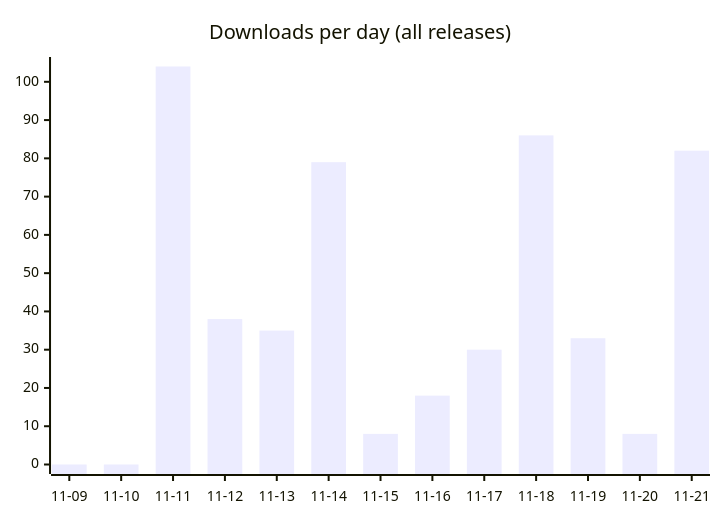
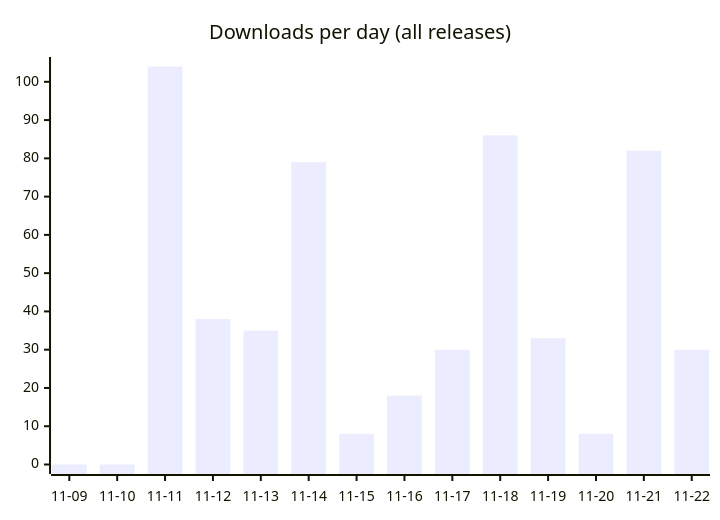
One commit to fmadore/Kalamu changed the first of 2 diagrams in README.md. Above: the diagram before and after it, drawn with Mermaid. The commit also changed other lines of this file and 3 other files, not shown here.

````diff
--- a/README.md
+++ b/README.md
@@ -47,6 +47,6 @@
 ```mermaid
 xychart-beta
     title "Downloads per day (all releases)"
-    x-axis ["11-09", "11-10", "11-11", "11-12", "11-13", "11-14", "11-15", "11-16", "11-17", "11-18", "11-19", "11-20", "11-21"]
-    bar [0, 0, 104, 38, 35, 79, 8, 18, 30, 86, 33, 8, 82]
+    x-axis ["11-09", "11-10", "11-11", "11-12", "11-13", "11-14", "11-15", "11-16", "11-17", "11-18", "11-19", "11-20", "11-21", "11-22"]
+    bar [0, 0, 104, 38, 35, 79, 8, 18, 30, 86, 33, 8, 82, 30]
 ```
````
